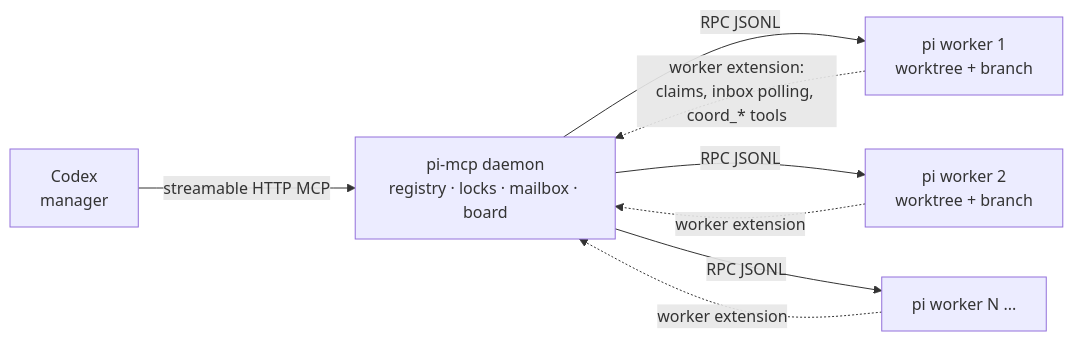
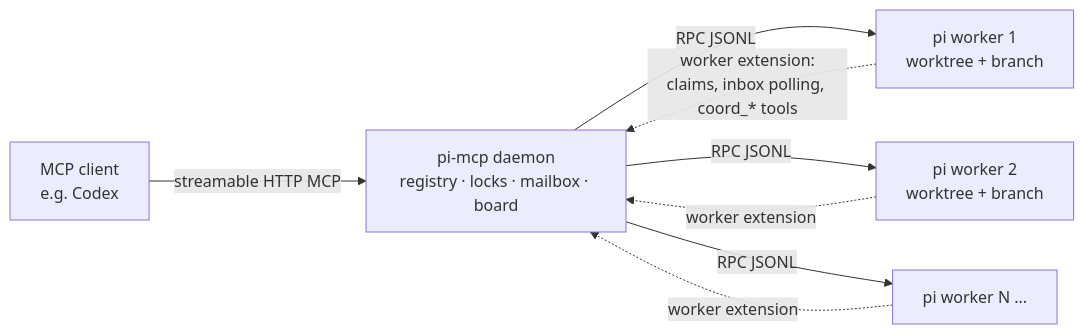
One commit to lucasjingcn/pi-coffee changed the diagram in README.md. Above: the diagram before and after it, drawn with Mermaid. The commit also changed other lines of this file and 2 other files, not shown here.

First line of the commit message:
Describe pi-mcp as client-agnostic

````diff
--- a/README.md
+++ b/README.md
@@ -69,10 +71,10 @@
 ```mermaid
 flowchart LR
-    Codex[Codex<br/>manager] -- "streamable HTTP MCP" --> Daemon[pi-mcp daemon<br/>registry · locks · mailbox · board]
+    Codex[MCP client<br/>e.g. Codex] -- "streamable HTTP MCP" --> Daemon[pi-mcp daemon<br/>registry · locks · mailbox · board]
     Daemon -- "RPC JSONL" --> W1[pi worker 1<br/>worktree + branch]
     Daemon -- "RPC JSONL" --> W2[pi worker 2<br/>worktree + branch]
     Daemon -- "RPC JSONL" --> WN[pi worker N ...]
     W1 -. "worker extension:<br/>claims, inbox polling, coord_* tools" .-> Daemon
     W2 -. "worker extension" .-> Daemon
     WN -. "worker extension" .-> Daemon
 ```
````
